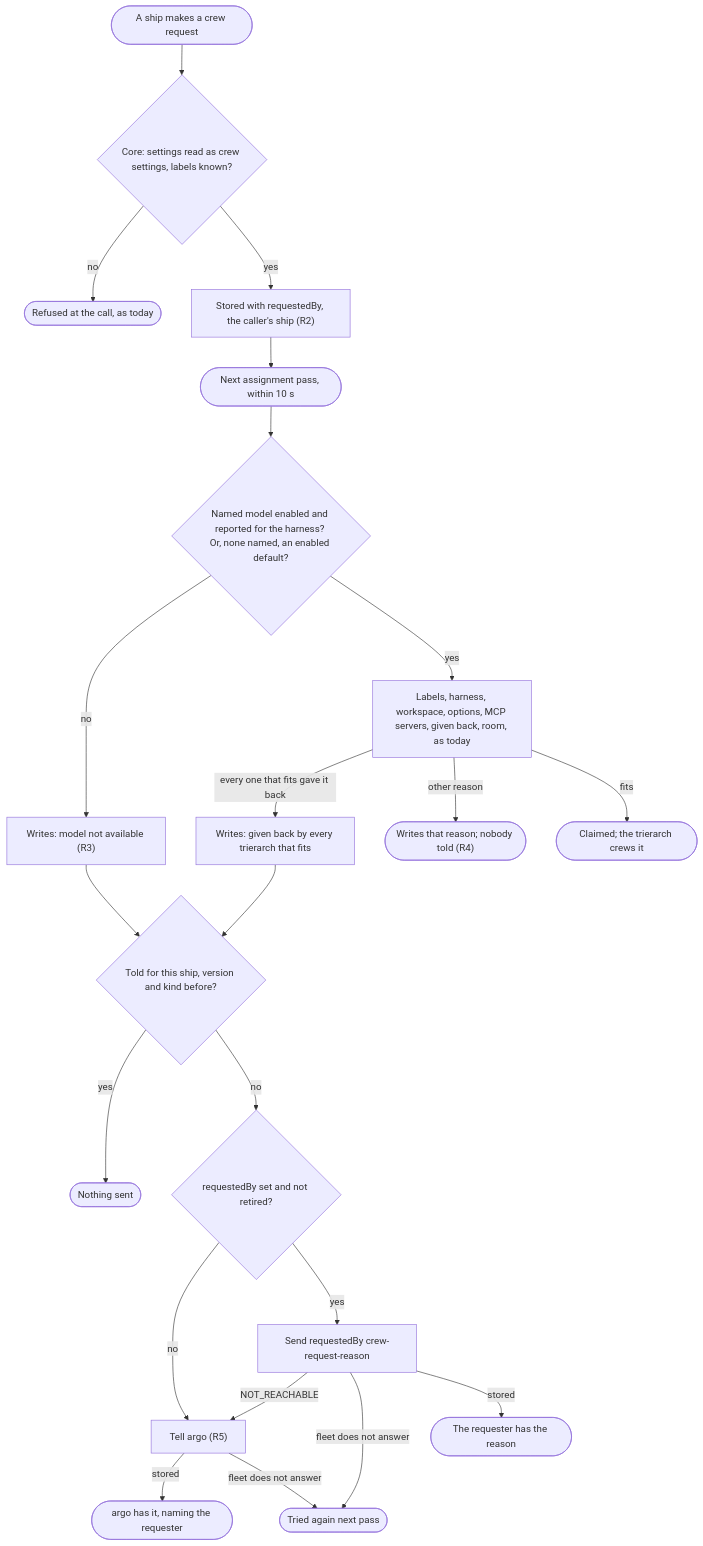
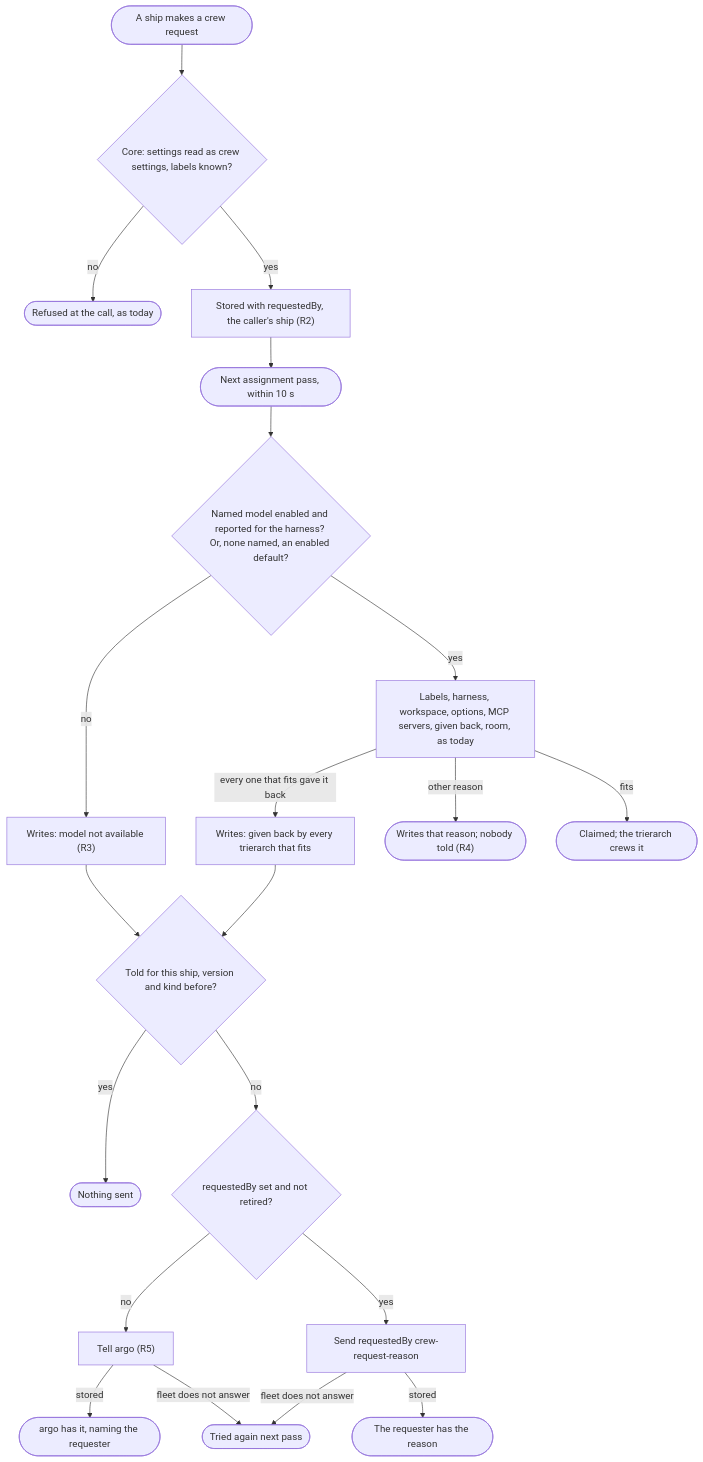
One commit to ThomasHendrickx/aeolus-fleet-trierarch-plugin changed the second of 2 diagrams in docs/design/enabled-models-for-ships.md. Above: the diagram before and after it, drawn with Mermaid. The commit also changed other lines of this file, not shown here.

Commit message:
Design #57: Q6 answered (plugins are always reachable, both ways)

````diff
--- a/docs/design/enabled-models-for-ships.md
+++ b/docs/design/enabled-models-for-ships.md
@@ -82,24 +80,23 @@
 ```mermaid
 flowchart TD
   req(["A ship makes a crew request"]) --> core{"Core: settings read as crew settings, labels known?"}
   core -->|no| r0(["Refused at the call, as today"])
   core -->|yes| rec["Stored with requestedBy, the caller's ship (R2)"]
   rec --> pass(["Next assignment pass, within 10 s"])
   pass --> model{"Named model enabled and reported for the harness? Or, none named, an enabled default?"}
   model -->|no| w1["Writes: model not available (R3)"]
   model -->|yes| fit["Labels, harness, workspace, options, MCP servers, given back, room, as today"]
   fit -->|"every one that fits gave it back"| w2["Writes: given back by every trierarch that fits"]
   fit -->|"other reason"| w3(["Writes that reason; nobody told (R4)"])
   fit -->|fits| claim(["Claimed; the trierarch crews it"])
   w1 --> told{"Told for this ship, version and kind before?"}
   w2 --> told
   told -->|yes| quiet(["Nothing sent"])
   told -->|no| who{"requestedBy set and not retired?"}
   who -->|no| argo["Tell argo (R5)"]
   who -->|yes| send["Send requestedBy crew-request-reason"]
-  send -->|NOT_REACHABLE| argo
   send -->|"fleet does not answer"| retry(["Tried again next pass"])
   send -->|stored| done(["The requester has the reason"])
   argo -->|stored| done2(["argo has it, naming the requester"])
   argo -->|"fleet does not answer"| retry
 ```
````
